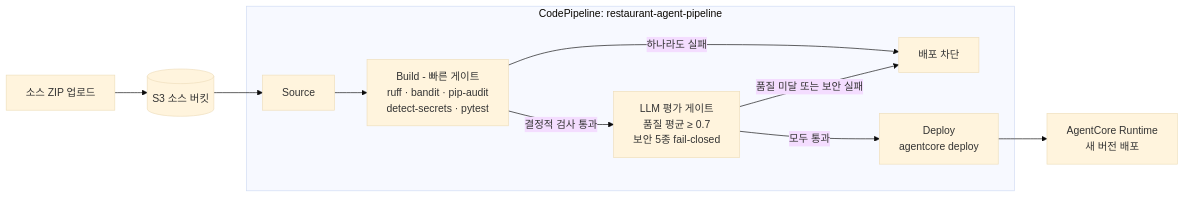
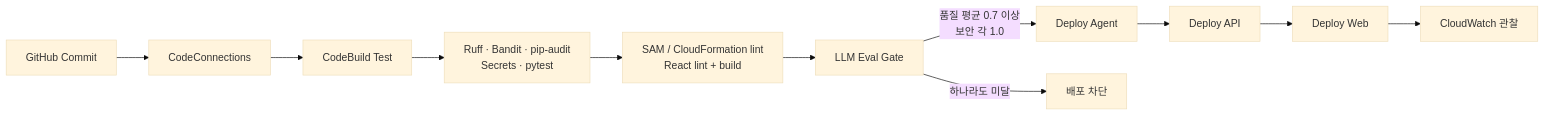
The second of 2 diagrams in README.md (clialim/restaurant-agent-agentcore), drawn with Mermaid (base theme) before and after one commit. The commit also changed other lines of this file and 2 other files, not shown here.

````diff
--- a/README.md
+++ b/README.md
@@ -379,15 +165,13 @@
 ```mermaid
 flowchart LR
-    Dev[소스 ZIP 업로드] --> S3[(S3 소스 버킷)]
-    S3 --> Source[Source]
-
-    subgraph Pipeline[CodePipeline: restaurant-agent-pipeline]
-        Source --> Fast[Build - 빠른 게이트<br/>ruff · bandit · pip-audit<br/>detect-secrets · pytest]
-        Fast -->|결정적 검사 통과| Eval[LLM 평가 게이트<br/>품질 평균 &ge; 0.7<br/>보안 5종 fail-closed]
-        Fast -->|하나라도 실패| Blocked[배포 차단]
-        Eval -->|모두 통과| Deploy[Deploy<br/>agentcore deploy]
-        Eval -->|품질 미달 또는 보안 실패| Blocked
-    end
-
-    Deploy --> Runtime[AgentCore Runtime<br/>새 버전 배포]
+    Commit[GitHub Commit] --> Source[CodeConnections]
+    Source --> Test[CodeBuild Test]
+    Test --> Static[Ruff · Bandit · pip-audit<br/>Secrets · pytest]
+    Static --> Infra[SAM / CloudFormation lint<br/>React lint + build]
+    Infra --> Eval[LLM Eval Gate]
+    Eval -->|품질 평균 0.7 이상<br/>보안 각 1.0| Agent[Deploy Agent]
+    Eval -->|하나라도 미달| Stop[배포 차단]
+    Agent --> API[Deploy API]
+    API --> Web[Deploy Web]
+    Web --> Observe[CloudWatch 관찰]
 ```
````
